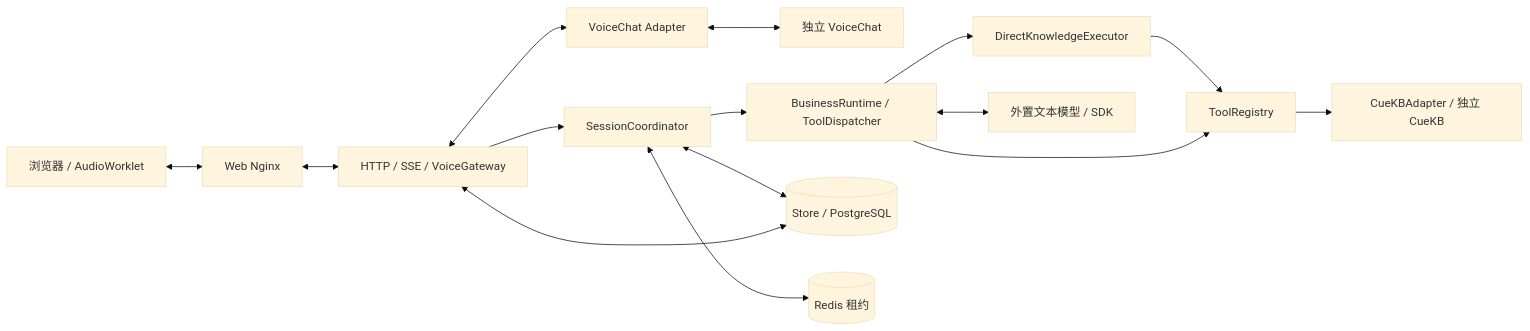
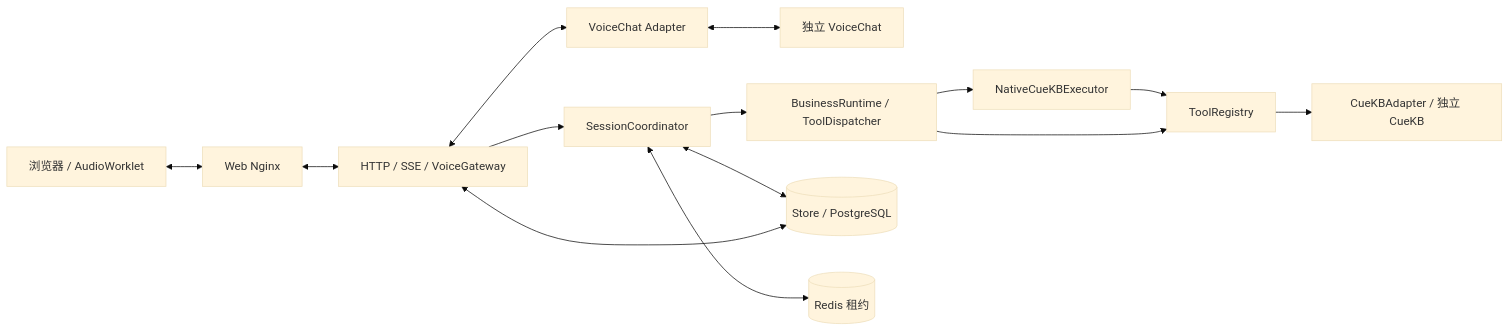
The diagram in docs/architecture.md (ttonghao-thao/voice-service-agent), drawn with Mermaid (base theme) before and after one commit. The commit also changed other lines of this file and 45 other files, not shown here.

Commit message:
feat(voice): validate native Function Calling with one CueKB tool

````diff
--- a/docs/architecture.md
+++ b/docs/architecture.md
@@ -13,17 +15,16 @@
 ```mermaid
 flowchart LR
     UI[浏览器 / AudioWorklet] <--> Web[Web Nginx]
     Web <--> API[HTTP / SSE / VoiceGateway]
     API <--> Adapter[VoiceChat Adapter]
     Adapter <--> Voice[独立 VoiceChat]
     API --> C[SessionCoordinator]
     C --> R[BusinessRuntime / ToolDispatcher]
-    R --> D[DirectKnowledgeExecutor]
-    R <--> L[外置文本模型 / SDK]
+    R --> D[NativeCueKBExecutor]
     D --> T[ToolRegistry]
     R --> T
     T --> K[CueKBAdapter / 独立 CueKB]
     C <--> DB[(Store / PostgreSQL)]
     API <--> DB
     C <--> Lease[(Redis 租约)]
 ```
````
